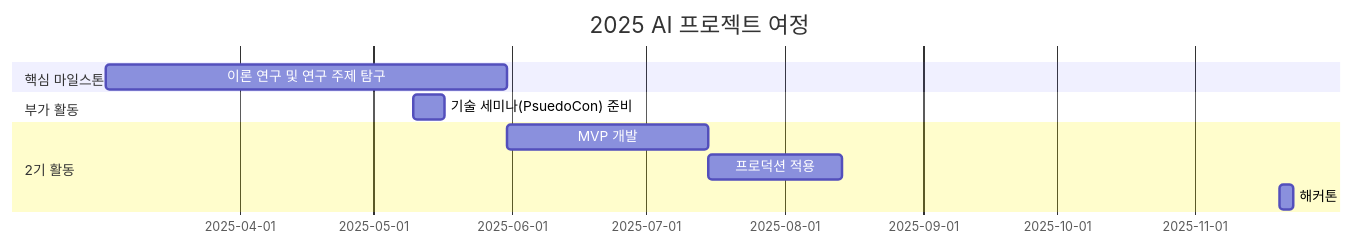
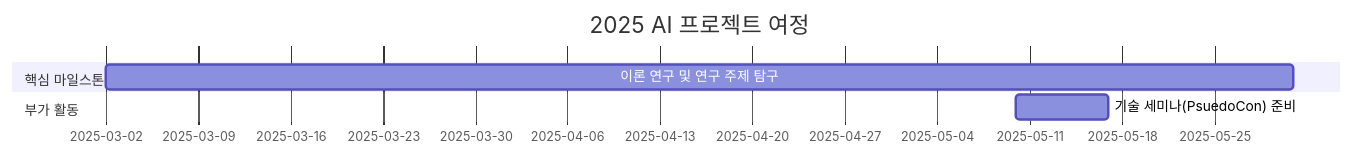
Before and after one commit to fabxoe/GenAIDD: the diagram in README.md, drawn with Mermaid.

````diff
--- a/README.md
+++ b/README.md
@@ -46,14 +46,10 @@
 ```mermaid
 gantt
     title 2025 AI 프로젝트 여정
+
     section 핵심 마일스톤
     이론 연구 및 연구 주제 탐구 :a1, 2025-03-02, 90d
     
     section 부가 활동
     기술 세미나(PsuedoCon) 준비 :2025-05-10, 7d
-    
-    section 2기 활동
-    MVP 개발       :a2, after a1, 45d
-    프로덕션 적용    :a3, after a2, 30d
-    해커톤         :2025-11-20, 3d
 ```
````
